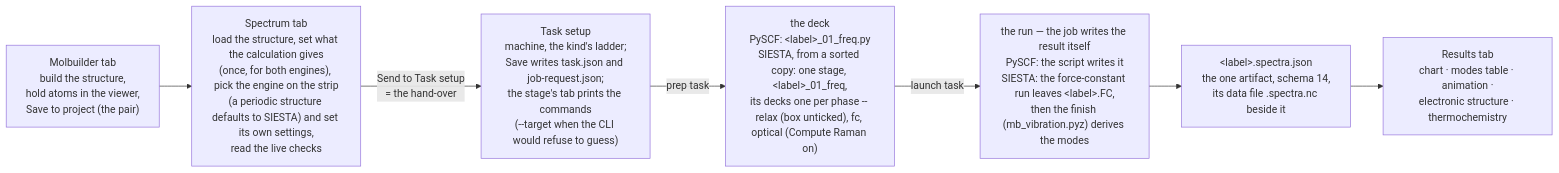
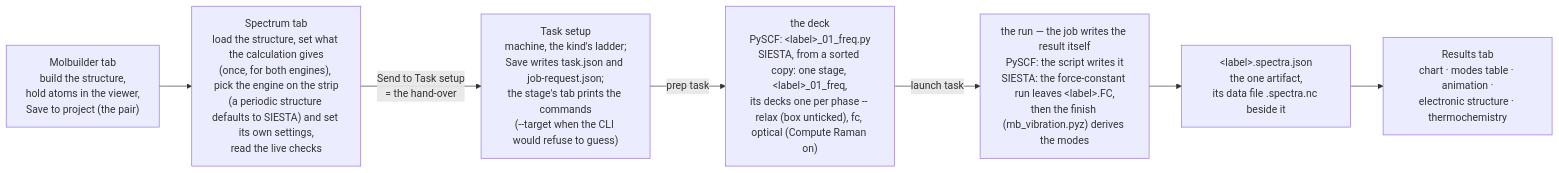
The first of 2 diagrams in docs/engines/vibration.md (Qing-LAB/molbuilder), drawn with Mermaid before and after one commit. The commit also changed other lines of this file and 59 other files, not shown here.

````diff
--- a/docs/engines/vibration.md
+++ b/docs/engines/vibration.md
@@ -183,9 +183,9 @@
 ```mermaid
 flowchart LR
   M["Molbuilder tab<br/>build the structure,<br/>hold atoms in the viewer,<br/>Save to project (the pair)"] --> S["Spectrum tab<br/>load the structure, set what the calculation gives<br/>(once, for both engines), pick the engine on the strip<br/>(a periodic structure defaults to SIESTA) and set its own settings,<br/>read the live checks"]
   S -->|"Send to Task setup<br/>= the hand-over"| T["Task setup<br/>machine, the kind's ladder;<br/>Save writes task.json and job-request.json;<br/>the stage's tab prints the commands<br/>(--target when the CLI would refuse to guess)"]
   T -->|"prep task"| P["the deck<br/>PySCF: &lt;label&gt;_01_freq.py<br/>SIESTA, from a sorted copy: one stage, &lt;label&gt;_01_freq,<br/>its decks one per phase -- relax (box unticked), fc, optical (Compute Raman on)"]
   P -->|"launch task"| R["the run — the job writes the result itself<br/>PySCF: the script writes it<br/>SIESTA: the force-constant run leaves &lt;label&gt;.FC,<br/>then the finish (mb_vibration.pyz) derives the modes"]
-  R --> A["&lt;label&gt;.spectra.json<br/>the one artifact, schema 14,<br/>its data file .spectra.nc beside it"]
+  R --> A["&lt;label&gt;.spectra.json<br/>the one artifact,<br/>its data file .spectra.nc beside it"]
   A --> V["Results tab<br/>chart · modes table · animation ·<br/>electronic structure · thermochemistry"]
 ```
````
